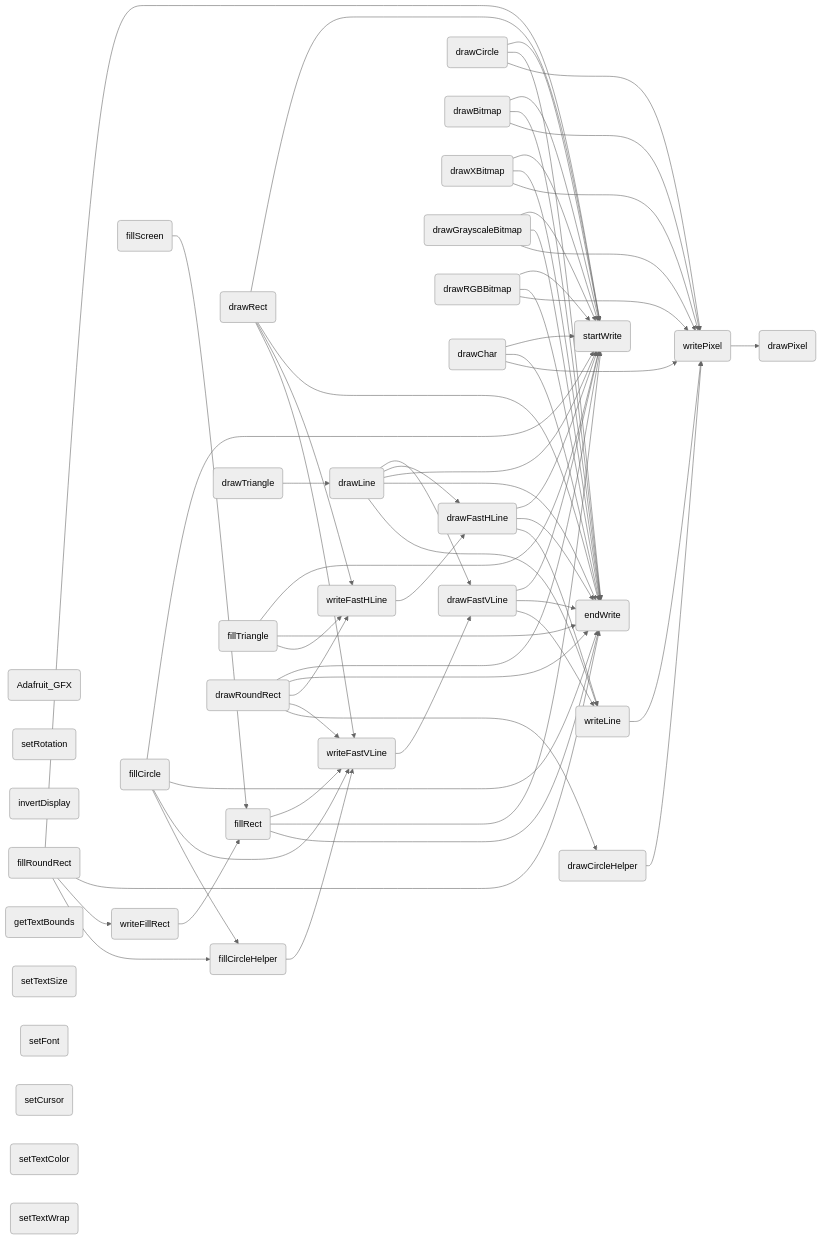
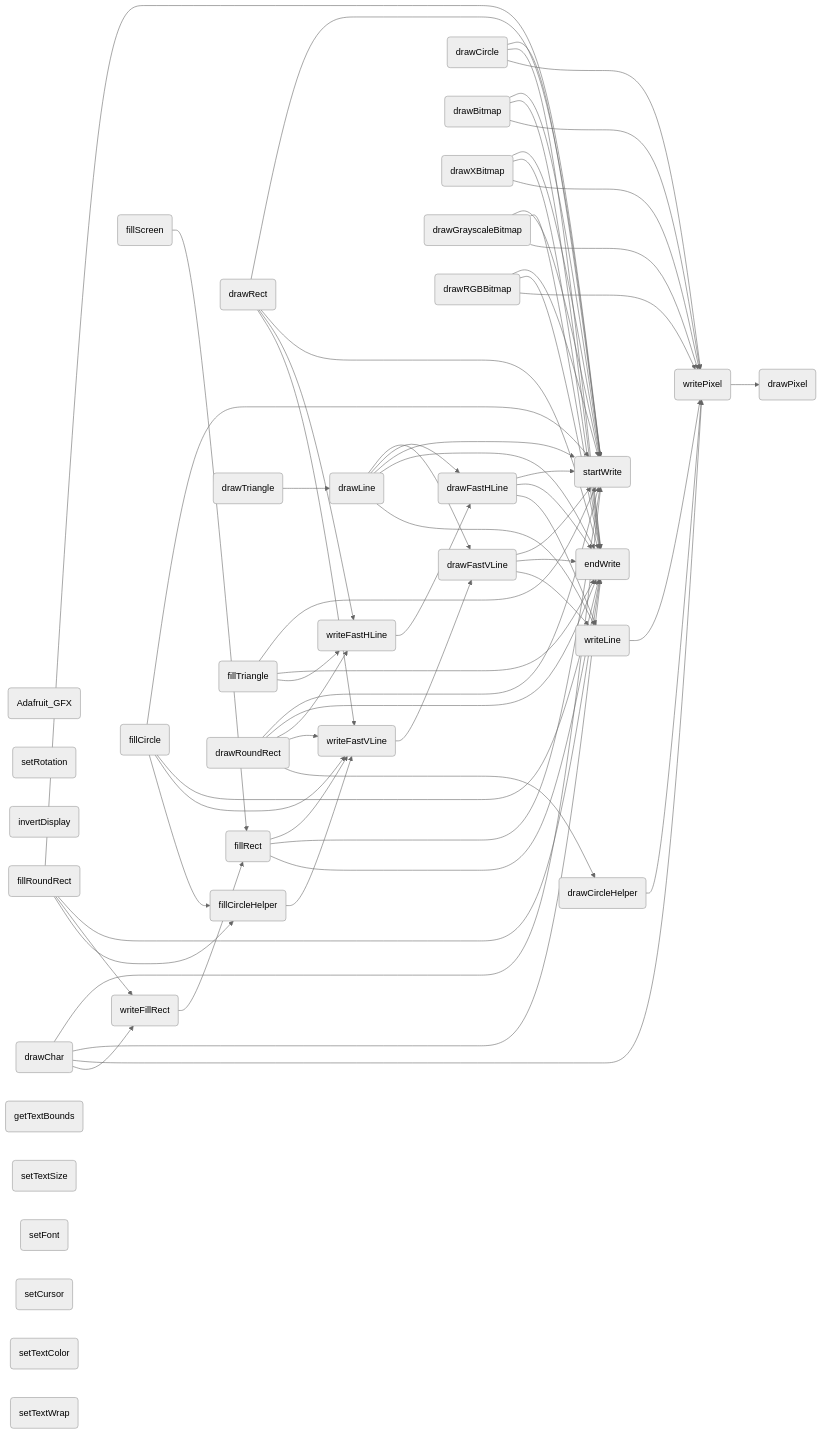
The diagram in all/未命名.md (icodezhanglei/iodraw-files), drawn with Mermaid (neutral theme) before and after one commit.

Commit message:
2024-09-13 18:39:41 update

````diff
--- a/all/未命名.md
+++ b/all/未命名.md
@@ -1,66 +1,66 @@
 ```mermaid
 flowchart LR
 Adafruit_GF(Adafruit_GFX)
 drawPixel(drawPixel)
 startWrite(startWrite)
 endWrite(endWrite)
 writePixel(writePixel)
 writeFillRect(writeFillRect)
 writeFastVLine(writeFastVLine)
 writeFastHLine(writeFastHLine)
 writeLine(writeLine)
 setRotation(setRotation)
 invertDisplay(invertDisplay)
 drawFastVLine(drawFastVLine)
 drawFastHLine(drawFastHLine)
 fillRect(fillRect)
 fillScreen(fillScreen)
 drawLine(drawLine)
 drawRect(drawRect)
 drawCircle(drawCircle)
 drawCircleHelper(drawCircleHelper)
 fillCircle(fillCircle)
 fillCircleHelper(fillCircleHelper)
 drawTriangle(drawTriangle)
 fillTriangle(fillTriangle)
 drawRoundRect(drawRoundRect)
 fillRoundRect(fillRoundRect)
 drawBitmap(drawBitmap)
 drawXBitmap(drawXBitmap)
 drawGrayscaleBitmap(drawGrayscaleBitmap)
 drawRGBBitmap(drawRGBBitmap)
 drawChar(drawChar)
 getTextBounds(getTextBounds)
 setTextSize(setTextSize)
 setFont(setFont)
 setCursor(setCursor)
 setTextColor(setTextColor)
 setTextWrap(setTextWrap)
 
 writeLine --> writePixel --> drawPixel
 
 writeFastVLine --> drawFastVLine --> startWrite & endWrite
 drawFastVLine --> writeLine
 
 writeFastHLine --> drawFastHLine --> startWrite & endWrite
 drawFastHLine --> writeLine
 
 writeFillRect --> fillRect --> writeFastVLine & startWrite & endWrite
 
 fillScreen --> fillRect
 drawLine --> drawFastVLine & drawFastHLine & startWrite & endWrite & writeLine
 drawCircle --> startWrite & endWrite & writePixel
 drawCircleHelper --> writePixel
 fillCircle --> startWrite & endWrite & writeFastVLine & fillCircleHelper
 fillCircleHelper --> writeFastVLine
 drawRect --> startWrite & endWrite & writeFastHLine & writeFastVLine
 drawRoundRect --> startWrite & endWrite & writeFastHLine & writeFastVLine & drawCircleHelper
 fillRoundRect --> startWrite & endWrite & writeFillRect & fillCircleHelper
 drawTriangle --> drawLine
 fillTriangle --> startWrite & endWrite & writeFastHLine
 drawBitmap --> startWrite & endWrite & writePixel
 drawXBitmap --> startWrite & endWrite & writePixel
 drawGrayscaleBitmap --> startWrite & endWrite & writePixel
 drawRGBBitmap --> startWrite & endWrite & writePixel
-drawChar --> startWrite & endWrite & writePixel
+drawChar --> startWrite & endWrite & writePixel & writeFillRect
 ```
````
